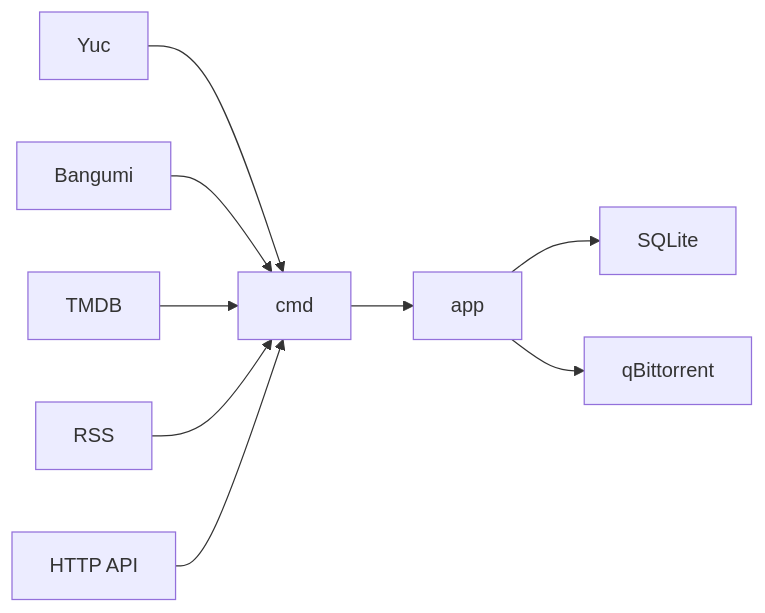
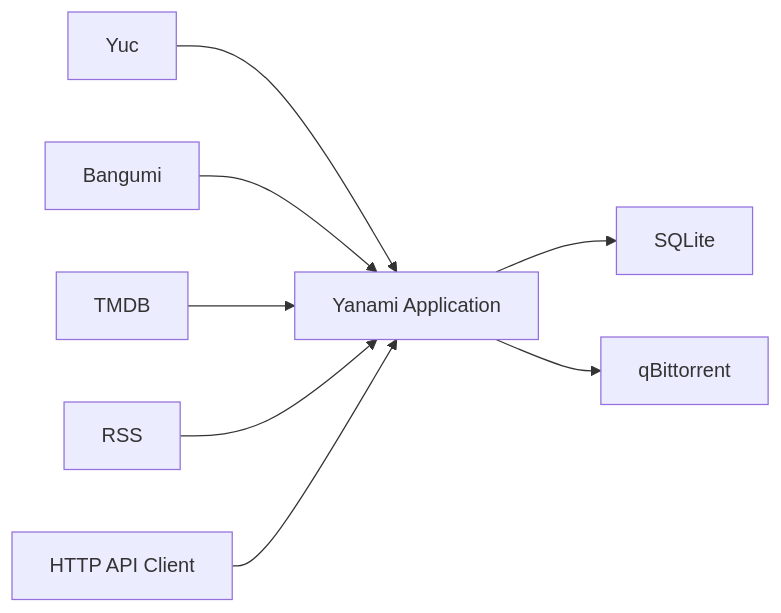
One commit to Augenblick-tech/yanami changed the second of 2 diagrams in README.md. Above: the diagram before and after it, drawn with Mermaid. The commit also changed other lines of this file, not shown here.

````diff
--- a/README.md
+++ b/README.md
@@ -31,21 +32,19 @@
 ```mermaid
 flowchart LR
     yuc["Yuc"]
     bgm["Bangumi"]
     tmdb["TMDB"]
     rss["RSS"]
     qbit["qBittorrent"]
-    http["HTTP API"]
-    cmd["cmd"]
-    app["app"]
+    http["HTTP API Client"]
+    cmd["Yanami Application"]
     db["SQLite"]
 
     yuc --> cmd
     bgm --> cmd
     tmdb --> cmd
     rss --> cmd
     http --> cmd
-    cmd --> app
-    app --> db
-    app --> qbit
+    cmd --> db
+    cmd --> qbit
 ```
````
